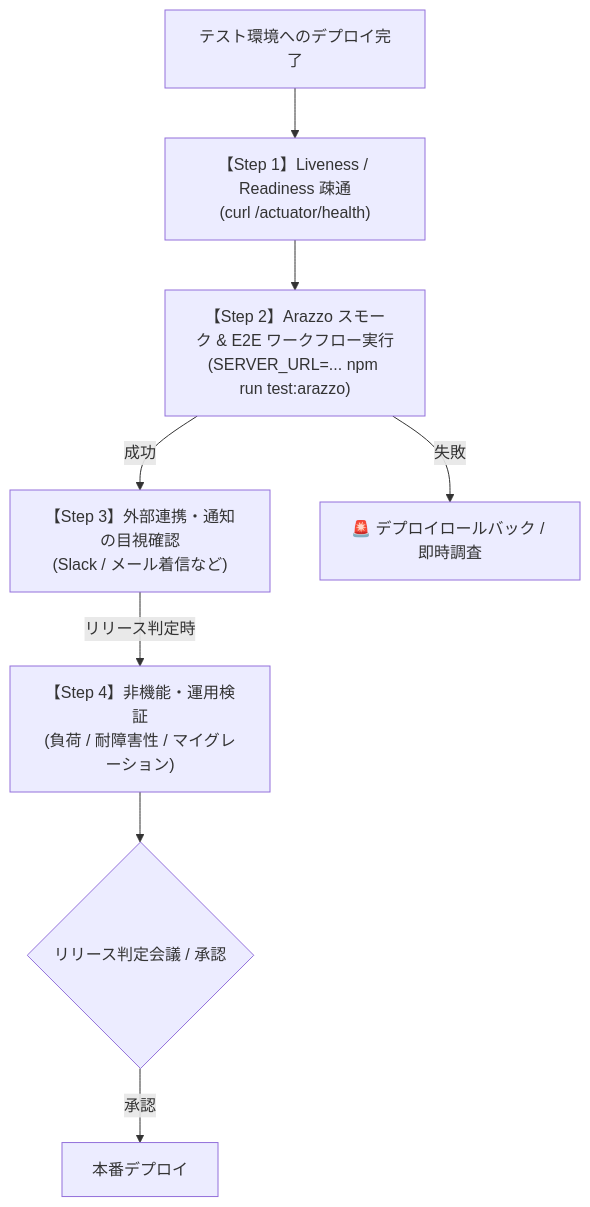
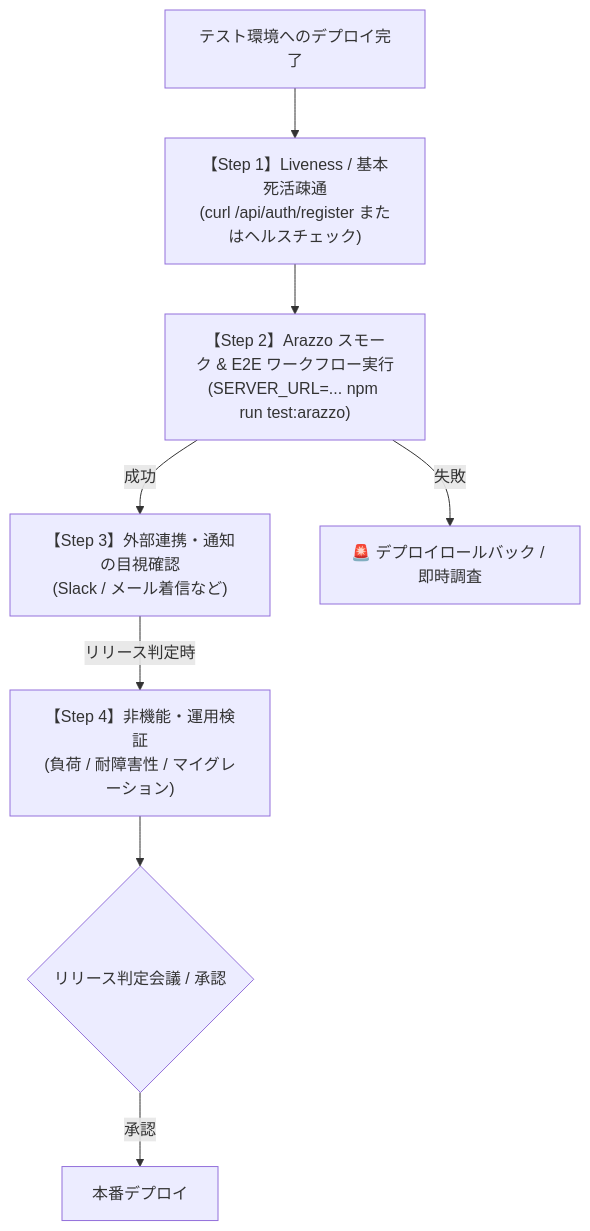
Before and after one commit to tom009924/sandbox: the diagram in docs/testing/test-environment-specification.md, drawn with Mermaid. The commit also changed other lines of this file and 1 other file, not shown here.

First line of the commit message:
fix(ci): update health readiness probe to use public endpoint in CI

````diff
--- a/docs/testing/test-environment-specification.md
+++ b/docs/testing/test-environment-specification.md
@@ -12,10 +12,10 @@
 ```mermaid
 flowchart TD
-    Deploy["テスト環境へのデプロイ完了"] --> HealthCheck["【Step 1】Liveness / Readiness 疎通\n(curl /actuator/health)"]
+    Deploy["テスト環境へのデプロイ完了"] --> HealthCheck["【Step 1】Liveness / 基本死活疎通\n(curl /api/auth/register またはヘルスチェック)"]
     HealthCheck --> Arazzo["【Step 2】Arazzo スモーク & E2E ワークフロー実行\n(SERVER_URL=... npm run test:arazzo)"]
     Arazzo -->|成功| Notification["【Step 3】外部連携・通知の目視確認\n(Slack / メール着信など)"]
     Arazzo -->|失敗| Alert1["🚨 デプロイロールバック / 即時調査"]
     Notification -->|リリース判定時| NonFunctional["【Step 4】非機能・運用検証\n(負荷 / 耐障害性 / マイグレーション)"]
     NonFunctional --> ReleaseGate{"リリース判定会議 / 承認"}
     ReleaseGate -->|承認| ProdDeploy["本番デプロイ"]
 ```
````
